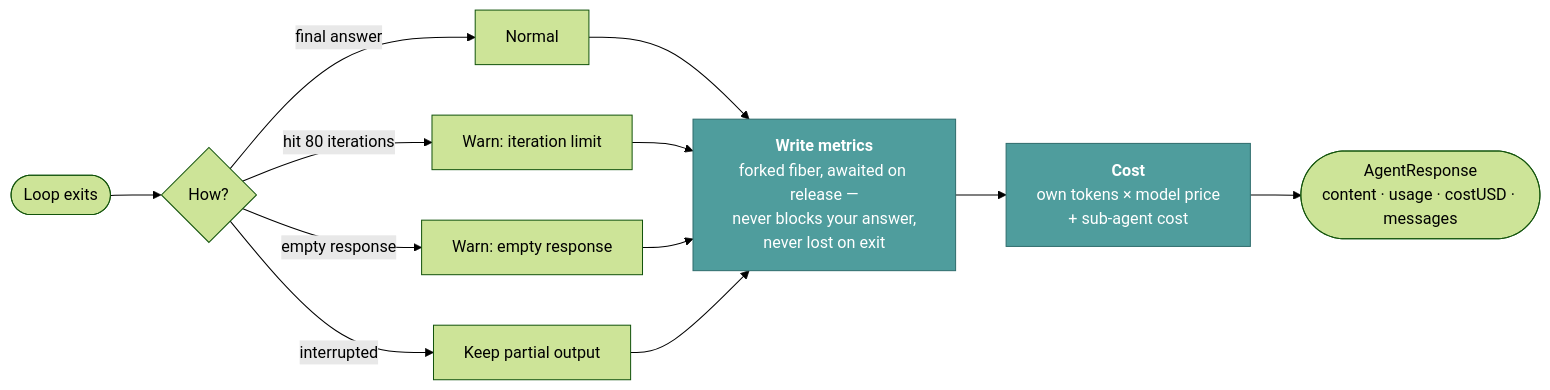
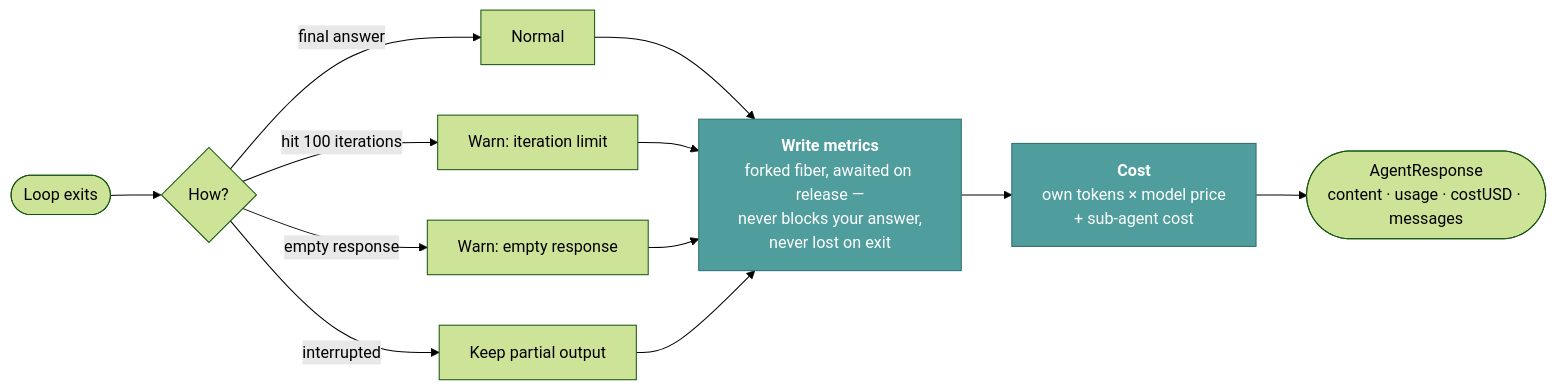
The fourth of 4 diagrams in docs/internals/agent-loop.md (lvndry/jazz), drawn with Mermaid (forest theme) before and after one commit. The commit also changed other lines of this file and 58 other files, not shown here.

````diff
--- a/docs/internals/agent-loop.md
+++ b/docs/internals/agent-loop.md
@@ -175,20 +175,20 @@
 ```mermaid
 flowchart LR
     EXIT(["Loop exits"]) --> WHY{"How?"}
     WHY -->|"final answer"| OK["Normal"]
-    WHY -->|"hit 80 iterations"| LIMIT["Warn: iteration limit"]
+    WHY -->|"hit 100 iterations"| LIMIT["Warn: iteration limit"]
     WHY -->|"empty response"| EMPTY["Warn: empty response"]
     WHY -->|"interrupted"| INT["Keep partial output"]
 
     OK --> METRICS
     LIMIT --> METRICS
     EMPTY --> METRICS
     INT --> METRICS
 
     METRICS["<b>Write metrics</b><br/>forked fiber, awaited on release —<br/>never blocks your answer,<br/>never lost on exit"]
     METRICS --> COST["<b>Cost</b><br/>own tokens × model price<br/>+ sub-agent cost"]
     COST --> RESP(["AgentResponse<br/>content · usage · costUSD · messages"])
 
     classDef core fill:#4f9d9d,stroke:#2f6d6d,color:#ffffff
     class METRICS,COST core
 ```
````
